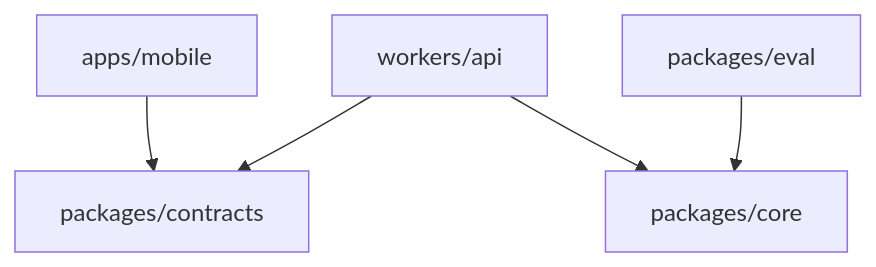
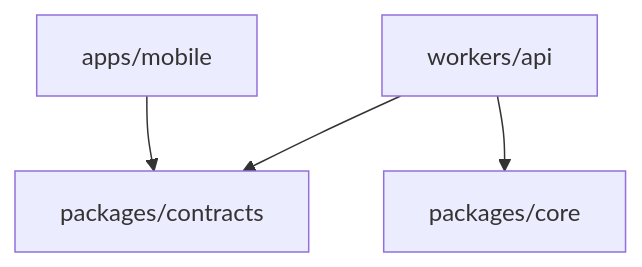
Before and after one commit to takapom/ima-app: the diagram in docs/adr/0012-package-dependency-boundaries.md, drawn with Mermaid. The commit also changed other lines of this file and 14 other files, not shown here.

````diff
--- a/docs/adr/0012-package-dependency-boundaries.md
+++ b/docs/adr/0012-package-dependency-boundaries.md
@@ -20,7 +20,6 @@
 ```mermaid
 flowchart TD
     Mobile[apps/mobile] --> Contracts[packages/contracts]
     API[workers/api] --> Contracts
     API --> Core[packages/core]
-    Eval[packages/eval] --> Core
 ```
````
